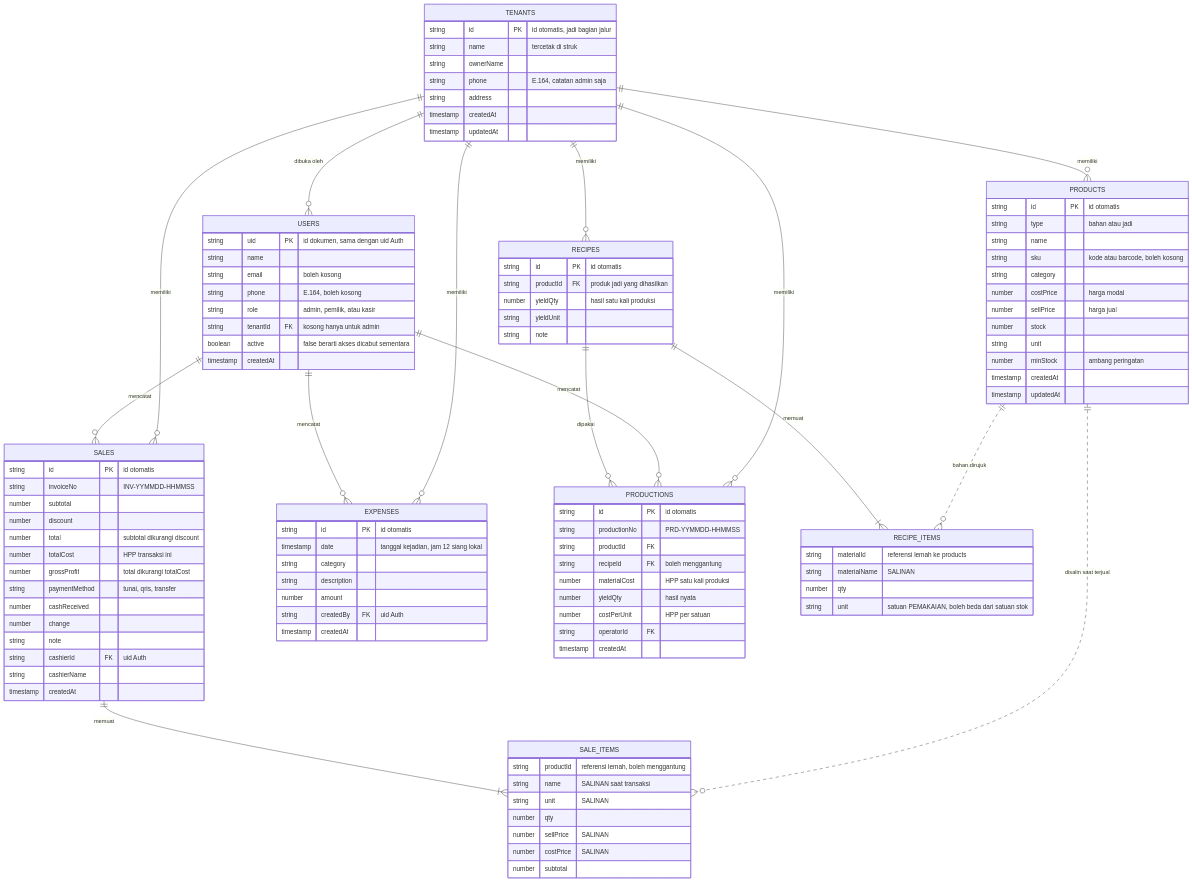
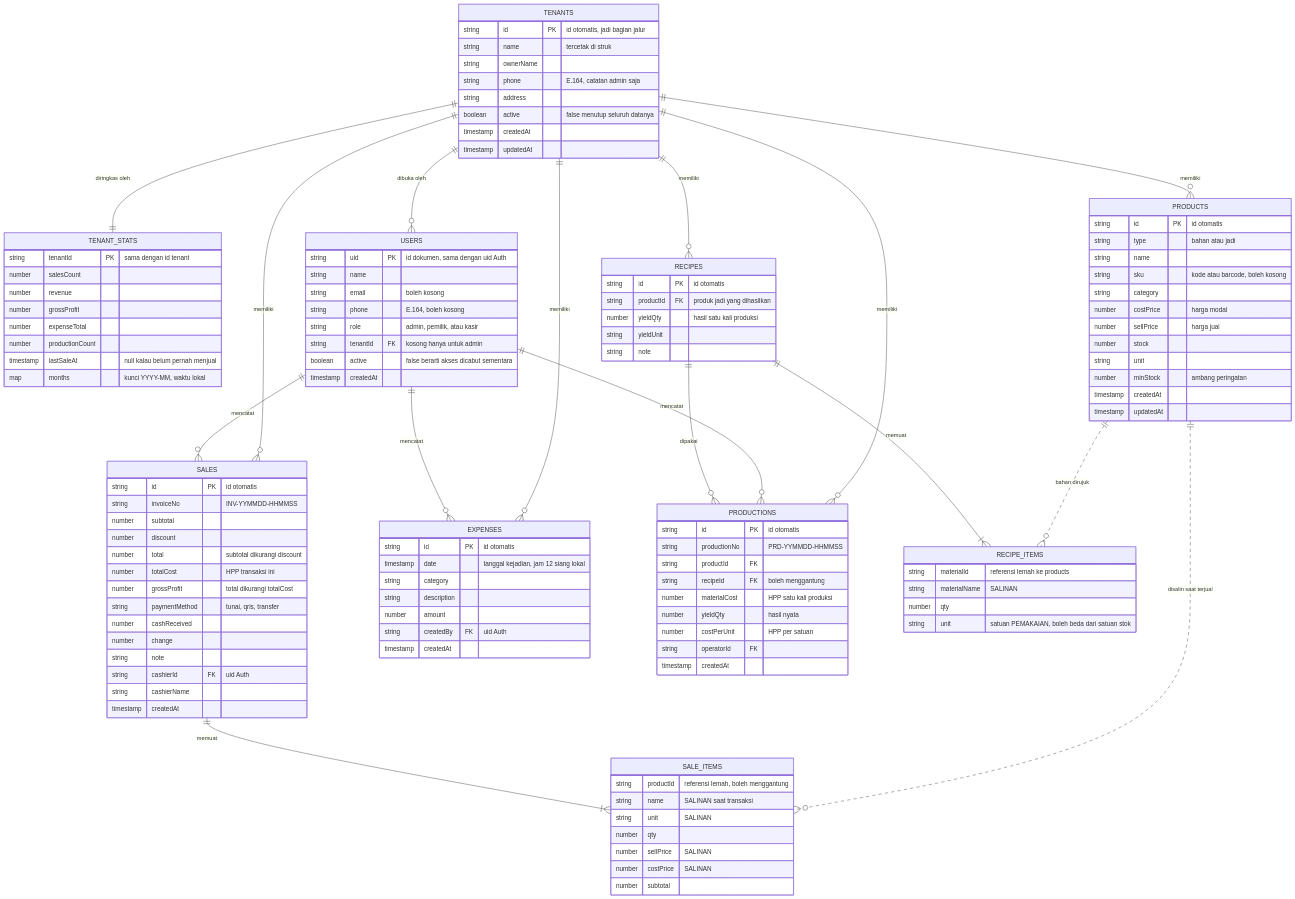
One commit to nadhimc/simple-pos-kkn-agung changed the first of 3 diagrams in docs/model-data.md. Above: the diagram before and after it, drawn with Mermaid. The commit also changed other lines of this file and 6 other files, not shown here.

````diff
--- a/docs/model-data.md
+++ b/docs/model-data.md
@@ -28,5 +29,6 @@
 ```mermaid
 erDiagram
+  TENANTS ||--|| TENANT_STATS : "diringkas oleh"
   TENANTS ||--o{ USERS : "dibuka oleh"
   TENANTS ||--o{ PRODUCTS : "memiliki"
   TENANTS ||--o{ SALES : "memiliki"
@@ -48,8 +50,20 @@
     string ownerName
     string phone "E.164, catatan admin saja"
     string address
+    boolean active "false menutup seluruh datanya"
     timestamp createdAt
     timestamp updatedAt
+  }
+
+  TENANT_STATS {
+    string tenantId PK "sama dengan id tenant"
+    number salesCount
+    number revenue
+    number grossProfit
+    number expenseTotal
+    number productionCount
+    timestamp lastSaleAt "null kalau belum pernah menjual"
+    map months "kunci YYYY-MM, waktu lokal"
   }
 
   USERS {
````
